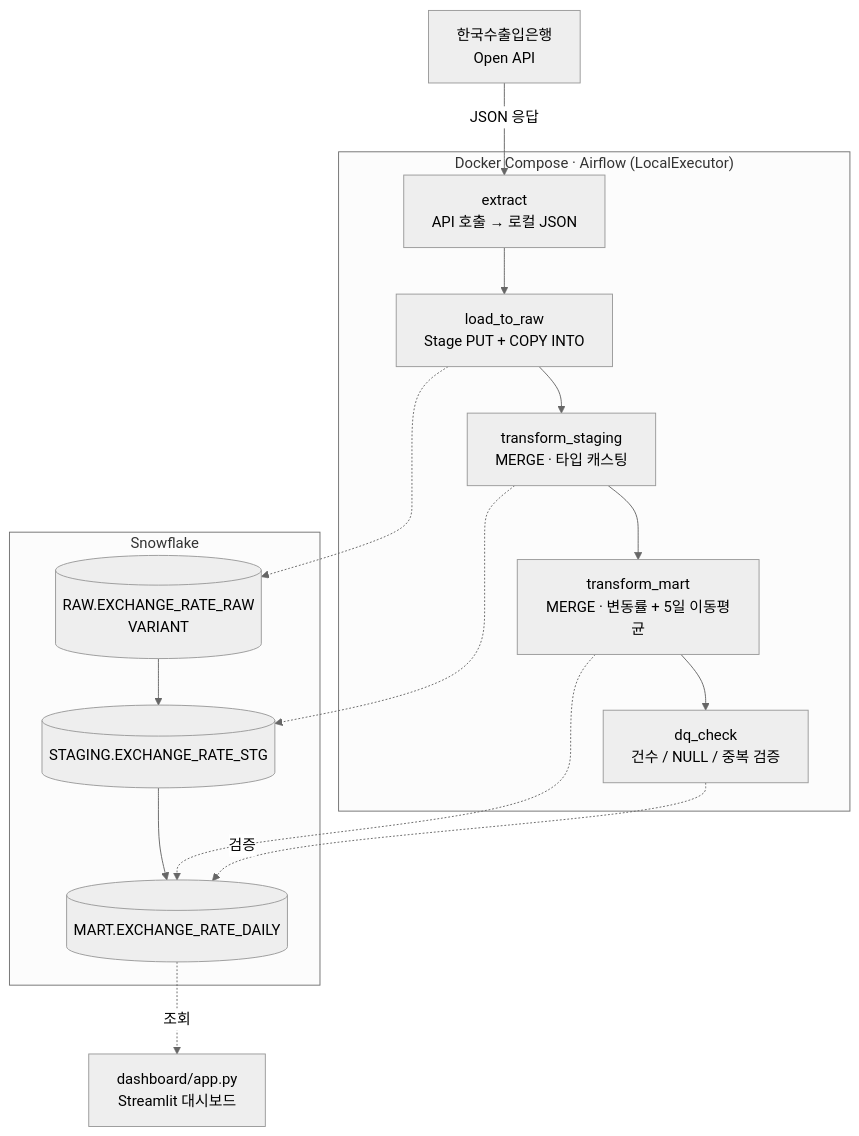
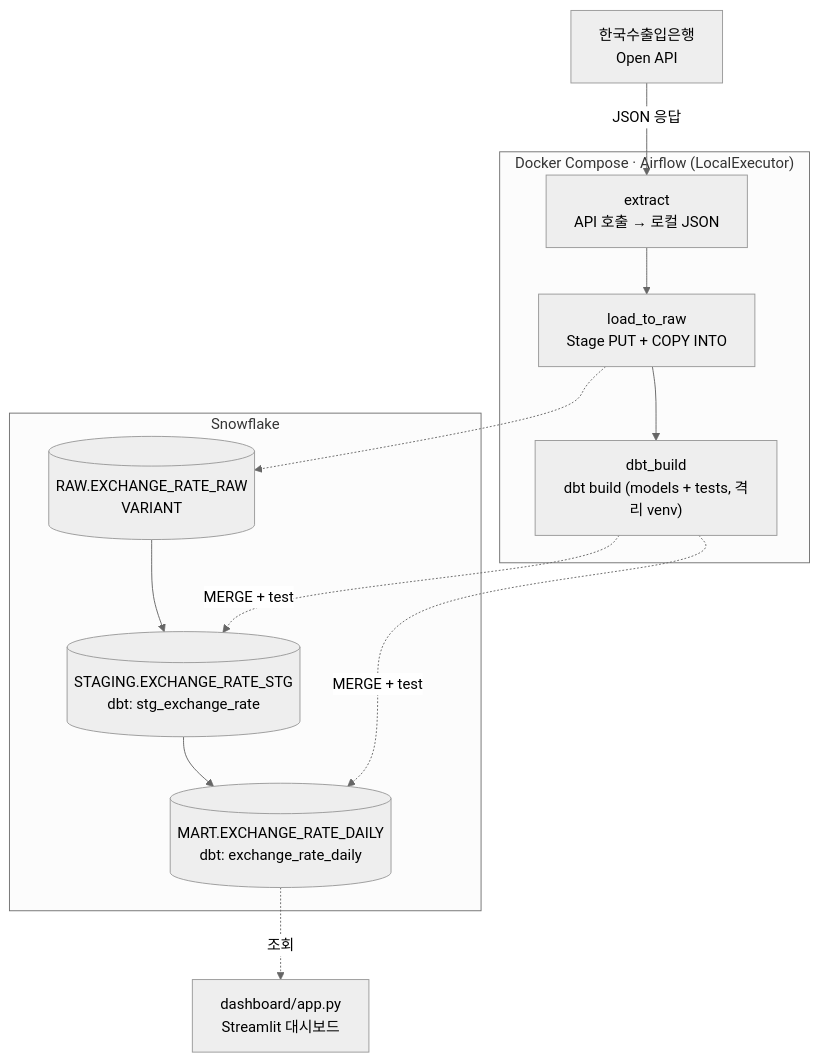
The diagram in README.md (devleeeasy/exchange-flow), drawn with Mermaid (neutral theme) before and after one commit. The commit also changed other lines of this file and 17 other files, not shown here.

First line of the commit message:
refactor: STAGING/MART 변환을 dbt로 마이그레이션

````diff
--- a/README.md
+++ b/README.md
@@ -19,23 +20,20 @@
 ```mermaid
 flowchart TD
     API["한국수출입은행<br/>Open API"] -->|JSON 응답| extract
 
     subgraph Airflow["Docker Compose · Airflow (LocalExecutor)"]
         extract["extract<br/>API 호출 → 로컬 JSON"] --> load_to_raw["load_to_raw<br/>Stage PUT + COPY INTO"]
-        load_to_raw --> transform_staging["transform_staging<br/>MERGE · 타입 캐스팅"]
-        transform_staging --> transform_mart["transform_mart<br/>MERGE · 변동률 + 5일 이동평균"]
-        transform_mart --> dq_check["dq_check<br/>건수 / NULL / 중복 검증"]
+        load_to_raw --> dbt_build["dbt_build<br/>dbt build (models + tests, 격리 venv)"]
     end
 
     subgraph Snowflake["Snowflake"]
-        RAW[("RAW.EXCHANGE_RATE_RAW<br/>VARIANT")] --> STAGING[("STAGING.EXCHANGE_RATE_STG")] --> MART[("MART.EXCHANGE_RATE_DAILY")]
+        RAW[("RAW.EXCHANGE_RATE_RAW<br/>VARIANT")] --> STAGING[("STAGING.EXCHANGE_RATE_STG<br/>dbt: stg_exchange_rate")] --> MART[("MART.EXCHANGE_RATE_DAILY<br/>dbt: exchange_rate_daily")]
     end
 
     Dashboard["dashboard/app.py<br/>Streamlit 대시보드"]
 
     load_to_raw -.-> RAW
-    transform_staging -.-> STAGING
-    transform_mart -.-> MART
-    dq_check -.검증.-> MART
+    dbt_build -.MERGE + test.-> STAGING
+    dbt_build -.MERGE + test.-> MART
     MART -.조회.-> Dashboard
 ```
````
